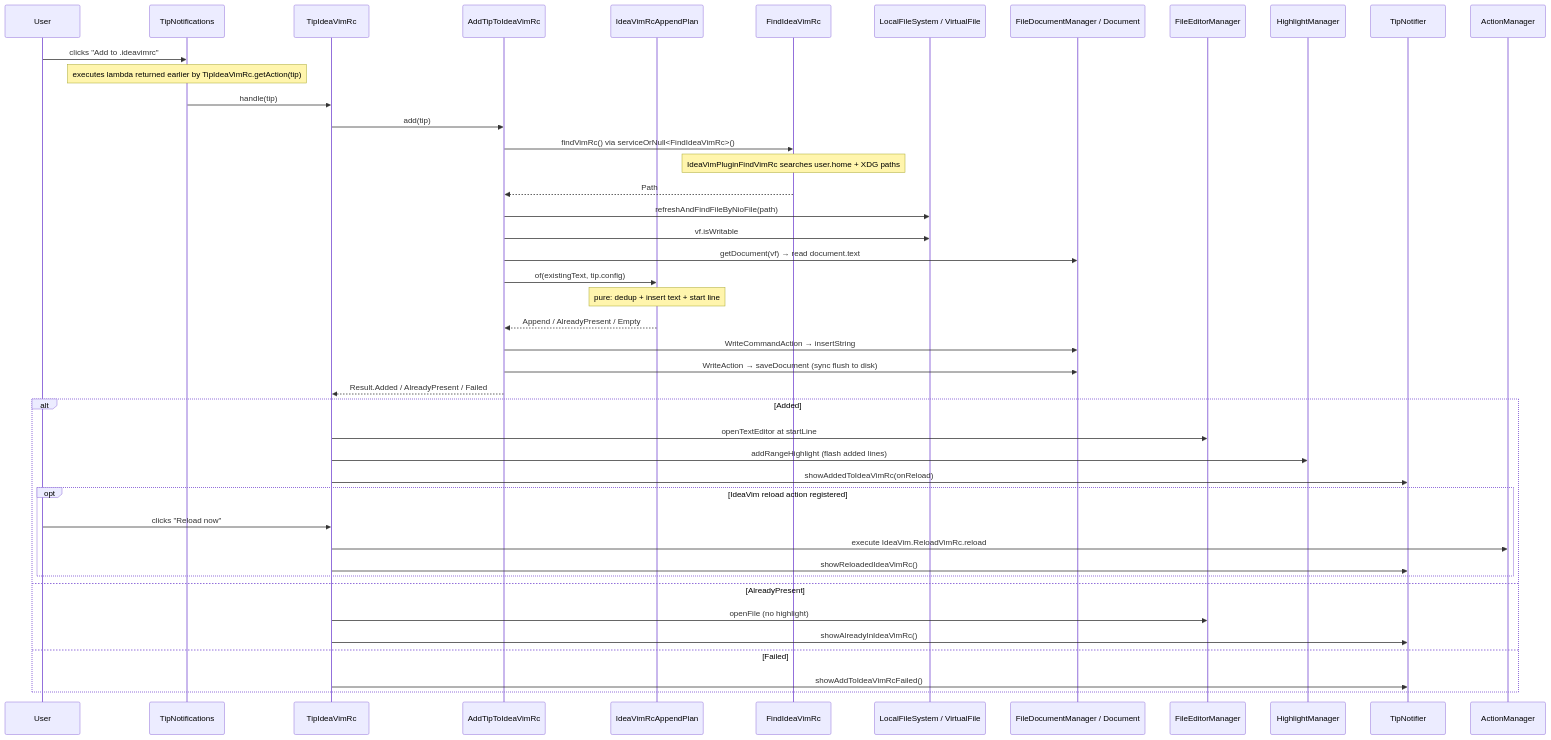
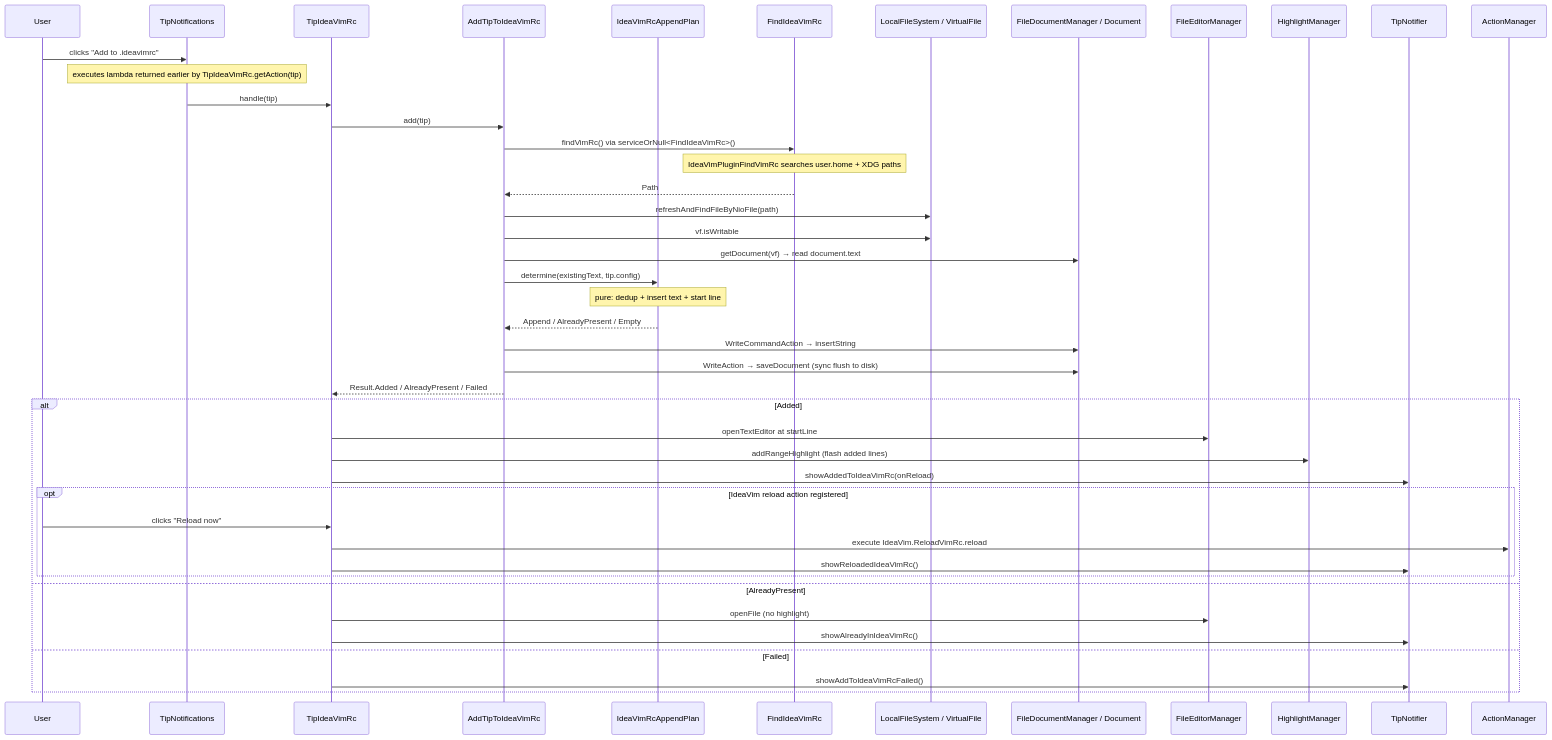
Before and after one commit to pooryam92/vim-coach: the second of 2 diagrams in docs/features/ideavimrc-button.md, drawn with Mermaid. The commit also changed other lines of this file and 17 other files, not shown here.

````diff
--- a/docs/features/ideavimrc-button.md
+++ b/docs/features/ideavimrc-button.md
@@ -28,48 +28,48 @@
 ```mermaid
 sequenceDiagram
     participant User
     participant TN as TipNotifications
     participant IV as TipIdeaVimRc
     participant ADD as AddTipToIdeaVimRc
     participant PLAN as IdeaVimRcAppendPlan
     participant FIND as FindIdeaVimRc
     participant VFS as LocalFileSystem / VirtualFile
     participant DOC as FileDocumentManager / Document
     participant ED as FileEditorManager
     participant HM as HighlightManager
     participant N as TipNotifier
     participant AM as ActionManager
 
     User->>TN: clicks "Add to .ideavimrc"
     note over TN: executes lambda returned earlier by TipIdeaVimRc.getAction(tip)
     TN->>IV: handle(tip)
     IV->>ADD: add(tip)
     ADD->>FIND: findVimRc() via serviceOrNull<FindIdeaVimRc>()
     note over FIND: IdeaVimPluginFindVimRc searches user.home + XDG paths
     FIND-->>ADD: Path
     ADD->>VFS: refreshAndFindFileByNioFile(path)
     ADD->>VFS: vf.isWritable
     ADD->>DOC: getDocument(vf) → read document.text
-    ADD->>PLAN: of(existingText, tip.config)
+    ADD->>PLAN: determine(existingText, tip.config)
     note over PLAN: pure: dedup + insert text + start line
     PLAN-->>ADD: Append / AlreadyPresent / Empty
     ADD->>DOC: WriteCommandAction → insertString
     ADD->>DOC: WriteAction → saveDocument (sync flush to disk)
     ADD-->>IV: Result.Added / AlreadyPresent / Failed
 
     alt Added
         IV->>ED: openTextEditor at startLine
         IV->>HM: addRangeHighlight (flash added lines)
         IV->>N: showAddedToIdeaVimRc(onReload)
         opt IdeaVim reload action registered
             User->>IV: clicks "Reload now"
             IV->>AM: execute IdeaVim.ReloadVimRc.reload
             IV->>N: showReloadedIdeaVimRc()
         end
     else AlreadyPresent
         IV->>ED: openFile (no highlight)
         IV->>N: showAlreadyInIdeaVimRc()
     else Failed
         IV->>N: showAddToIdeaVimRcFailed()
     end
 ```
````
